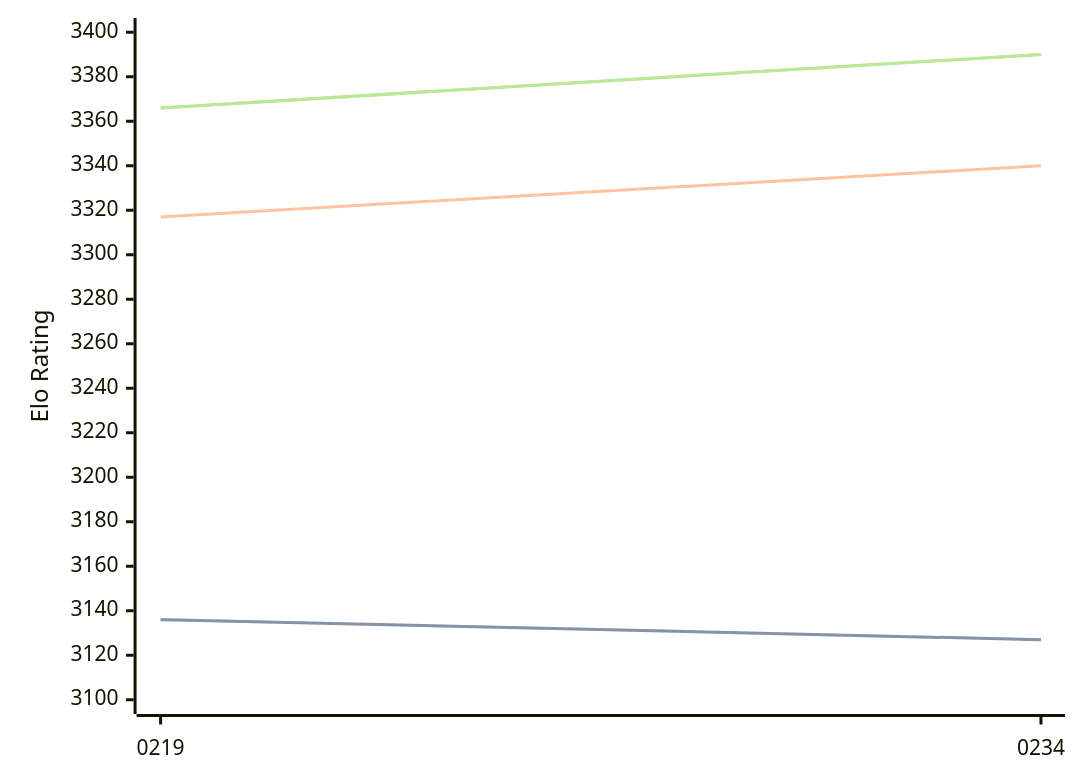
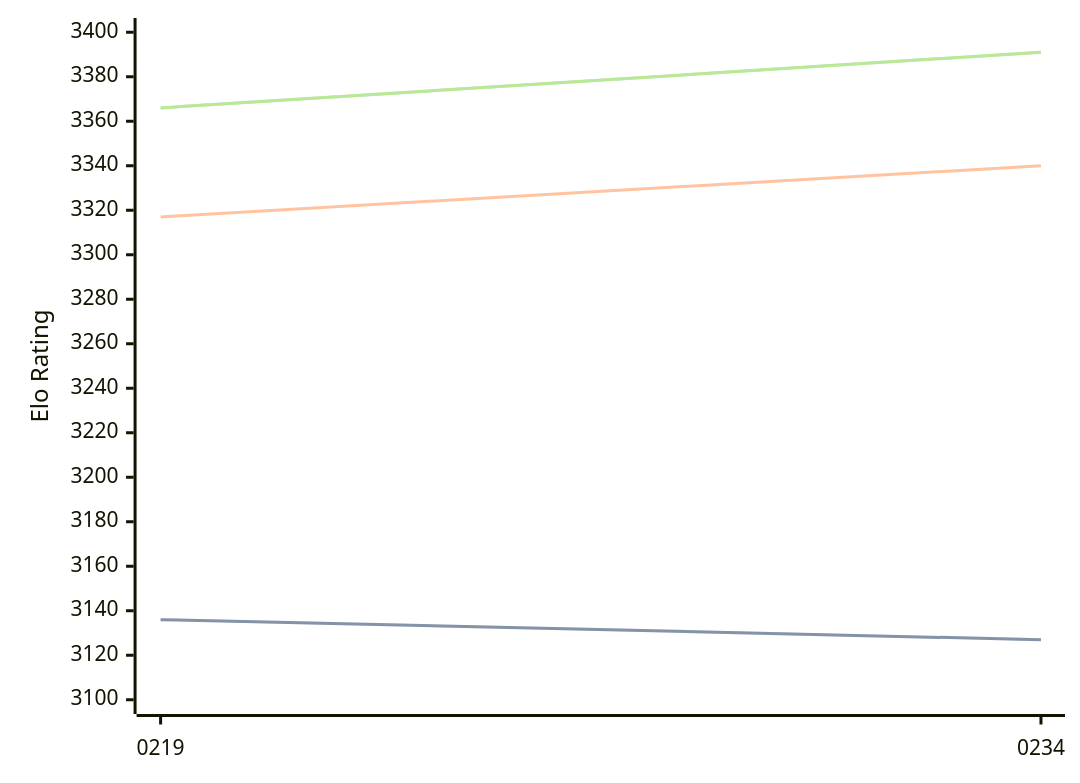
Before and after one commit to computer-chess-index/cci: the diagram in engines/Ynode.md, drawn with Mermaid. The commit also changed other lines of this file, not shown here.

Commit message:
Update CCI Ratings (ELO VLTC) - 2026-08-21

````diff
--- a/engines/Ynode.md
+++ b/engines/Ynode.md
@@ -32,11 +32,11 @@
 ```mermaid
 %%{init: {"theme":"base","themeVariables":{"seriesColors:['#a3a3a3','#222221','#faa371']}}}%%
 xychart-beta
   x-axis ["0219", "0234"]
   y-axis "Elo Rating" 3100 --> 3400
   line "STC (8.0+0.08s)" [3136, 3127]
   line "STC (8.0+0.08s)" [3136, 3127]
   line "LTC (60.0+0.60s)" [3317, 3340]
-  line "VLTC (2m24s+1.12s)" [3366, 3390]
-  line "VLTC (2m24s+1.12s)" [3366, 3390]
+  line "VLTC (2m24s+1.12s)" [3366, 3391]
+  line "VLTC (2m24s+1.12s)" [3366, 3391]
 ```
````
